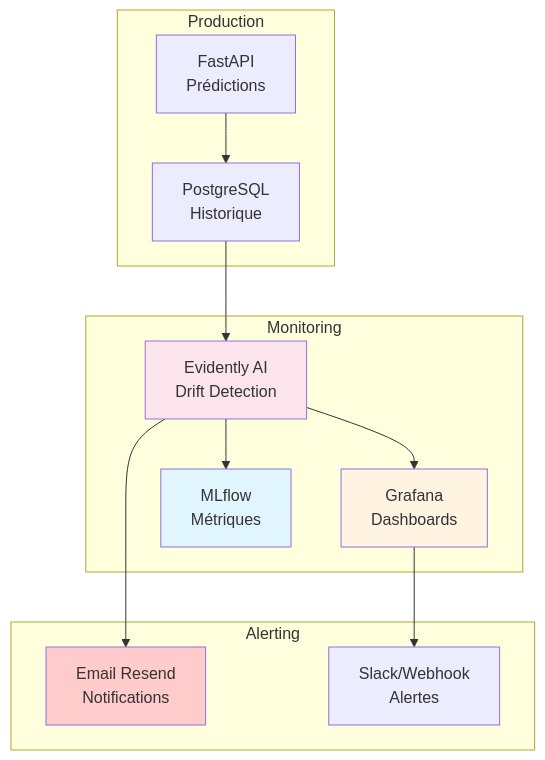
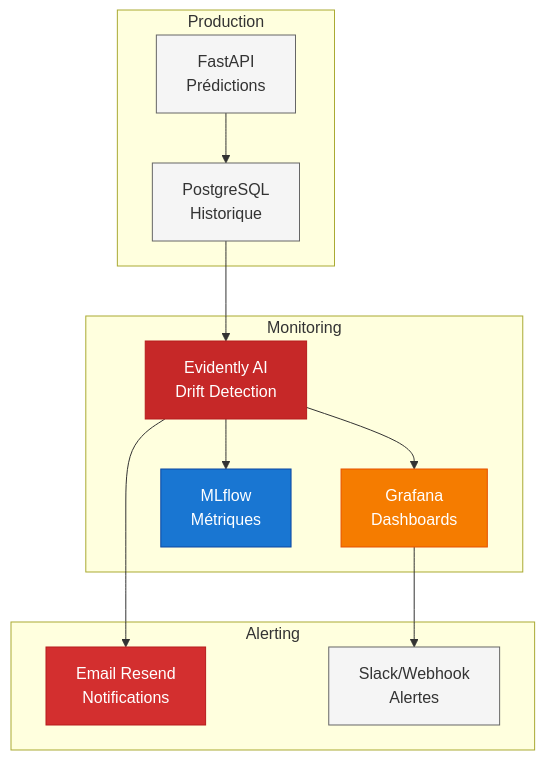
One commit to jinsudai/jinsudai changed diagram 12 of 21 in docs/ARCHITECTURE_MLOPS.md. Above: the diagram before and after it, drawn with Mermaid. The commit also changed other lines of this file and 9 other files, not shown here.

````diff
--- a/docs/ARCHITECTURE_MLOPS.md
+++ b/docs/ARCHITECTURE_MLOPS.md
@@ -422,30 +479,37 @@
 ```mermaid
 graph TB
+    classDef production fill:#1976D2,stroke:#0D47A1,color:#fff
+    classDef monitoring fill:#C62828,stroke:#B71C1C,color:#fff
+    classDef grafana fill:#F57C00,stroke:#E65100,color:#fff
+    classDef mlflow fill:#1976D2,stroke:#0D47A1,color:#fff
+    classDef alerting fill:#D32F2F,stroke:#B71C1C,color:#fff
+    classDef default fill:#f5f5f5,stroke:#666,color:#333
+
     subgraph "Production"
         A[FastAPI<br/>Prédictions]
         B[PostgreSQL<br/>Historique]
     end
-    
+
     subgraph "Monitoring"
         C[Evidently AI<br/>Drift Detection]
         D[Grafana<br/>Dashboards]
         E[MLflow<br/>Métriques]
     end
-    
+
     subgraph "Alerting"
         F[Email Resend<br/>Notifications]
         G[Slack/Webhook<br/>Alertes]
     end
-    
+
     A --> B
     B --> C
     C --> D
     C --> E
     C --> F
     D --> G
-    
-    style C fill:#fce4ec
-    style D fill:#fff4e1
-    style E fill:#e1f5ff
-    style F fill:#ffcccb
+
+    class C monitoring
+    class D grafana
+    class E mlflow
+    class F alerting
 ```
````
